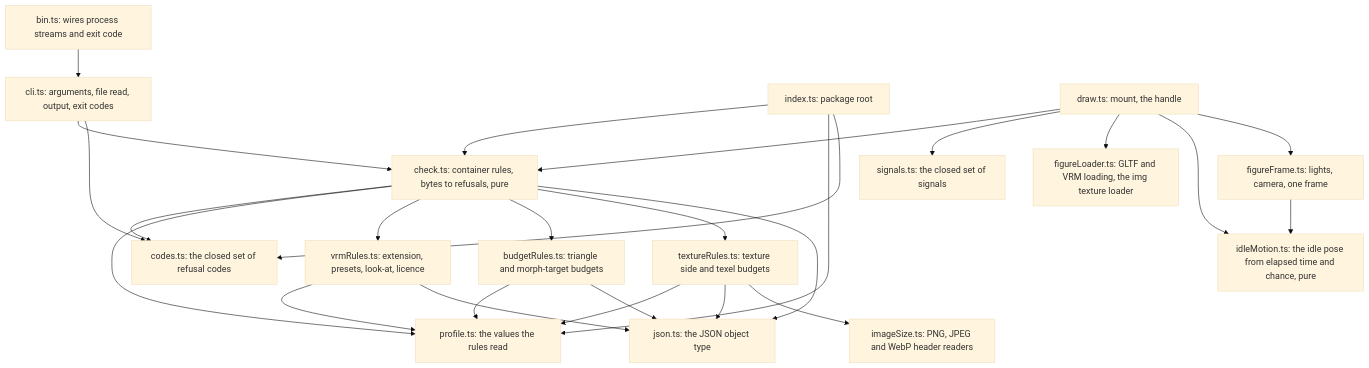
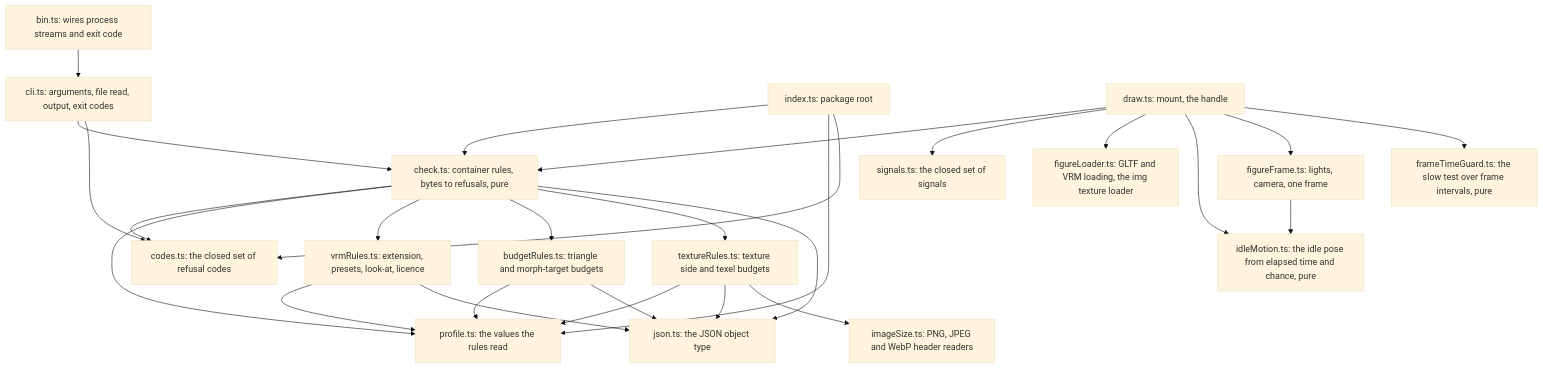
The second of 4 diagrams in docs/ARCHITECTURE.md (overnightworks/figure), drawn with Mermaid (base theme) before and after one commit. The commit also changed other lines of this file and 5 other files, not shown here.

First line of the commit message:
Slow ends a drawn figure, and a context lost while it loads gives lost (#33)

````diff
--- a/docs/ARCHITECTURE.md
+++ b/docs/ARCHITECTURE.md
@@ -25,36 +25,38 @@
 ```mermaid
 flowchart TD
     bin["bin.ts: wires process streams and exit code"] --> cli
     cli["cli.ts: arguments, file read, output, exit codes"] --> check
     cli --> codes
     check["check.ts: container rules, bytes to refusals, pure"] --> codes
     check --> profile
     check --> vrmRules
     check --> budgetRules
     check --> textureRules
     textureRules["textureRules.ts: texture side and texel budgets"] --> profile
     textureRules --> json
     textureRules --> imageSize
     imageSize["imageSize.ts: PNG, JPEG and WebP header readers"]
     vrmRules["vrmRules.ts: extension, presets, look-at, licence"] --> profile
     budgetRules["budgetRules.ts: triangle and morph-target budgets"] --> profile
     vrmRules --> json
     budgetRules --> json
     check --> json
     json["json.ts: the JSON object type"]
     profile["profile.ts: the values the rules read"]
     codes["codes.ts: the closed set of refusal codes"]
     index["index.ts: package root"] --> check
     index --> profile
     index --> codes
     draw["draw.ts: mount, the handle"] --> check
     draw --> signals
     draw --> figureLoader
     draw --> idleMotion
     draw --> figureFrame
+    draw --> frameTimeGuard
     figureLoader["figureLoader.ts: GLTF and VRM loading, the img texture loader"]
     idleMotion["idleMotion.ts: the idle pose from elapsed time and chance, pure"]
     figureFrame["figureFrame.ts: lights, camera, one frame"]
     figureFrame --> idleMotion
     signals["signals.ts: the closed set of signals"]
+    frameTimeGuard["frameTimeGuard.ts: the slow test over frame intervals, pure"]
 ```
````
